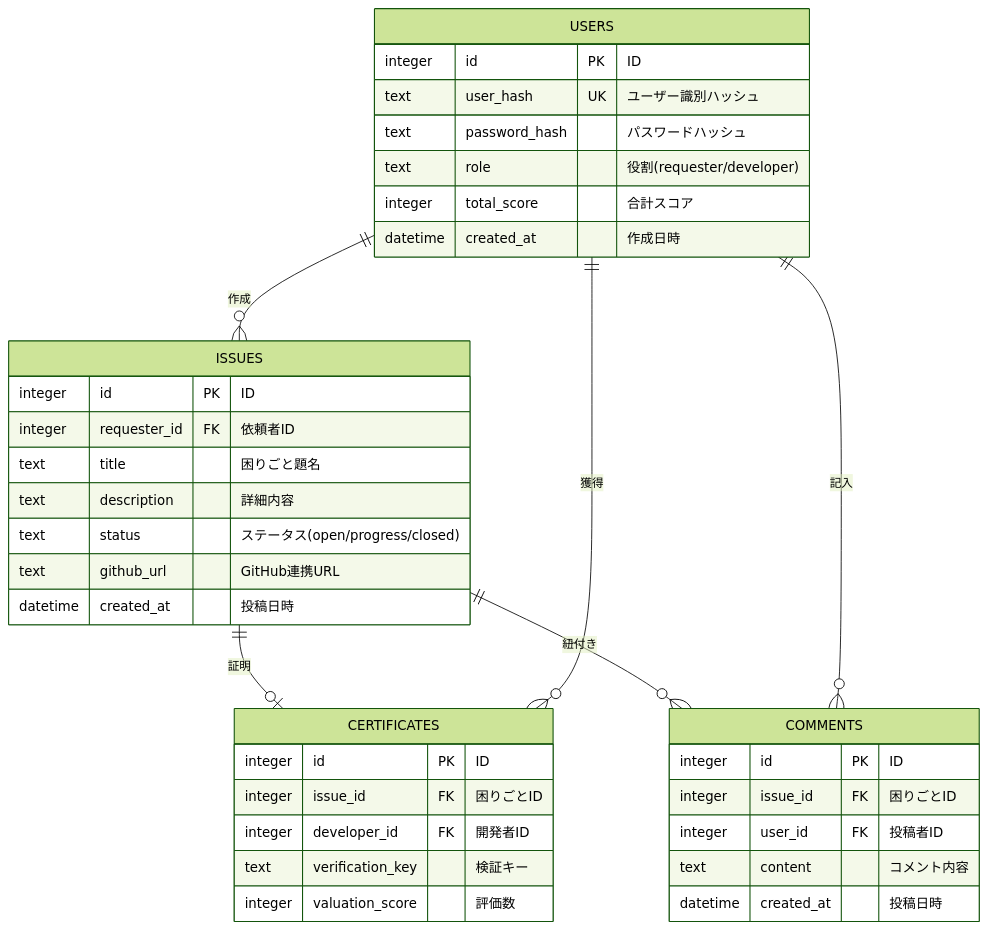
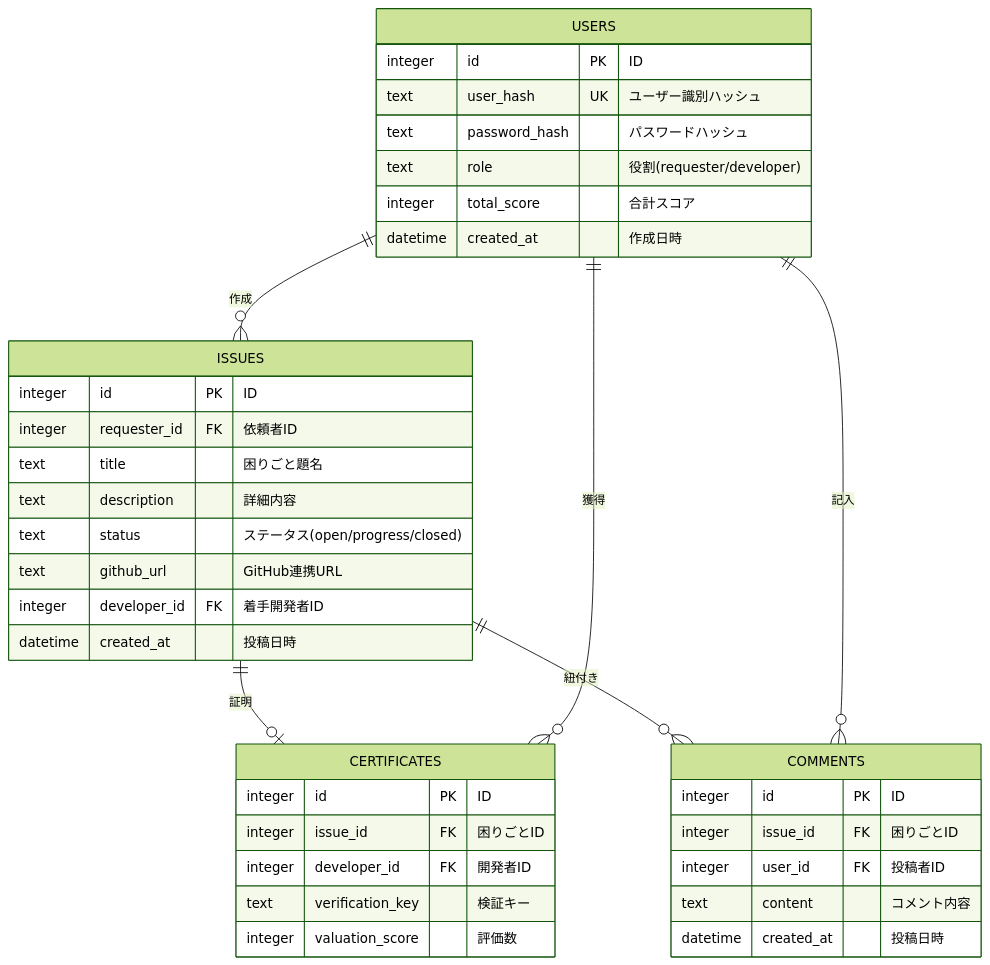
The diagram in er_diagram.md (matsutanishimpei/m-komarabo), drawn with Mermaid (forest theme) before and after one commit. The commit also changed 10 other files, not shown here.

````diff
--- a/er_diagram.md
+++ b/er_diagram.md
@@ -1,43 +1,44 @@
 ```mermaid
 erDiagram
     USERS {
         integer id PK "ID"
         text user_hash UK "ユーザー識別ハッシュ"
         text password_hash "パスワードハッシュ"
         text role "役割(requester/developer)"
         integer total_score "合計スコア"
         datetime created_at "作成日時"
     }
 
     ISSUES {
         integer id PK "ID"
         integer requester_id FK "依頼者ID"
         text title "困りごと題名"
         text description "詳細内容"
         text status "ステータス(open/progress/closed)"
         text github_url "GitHub連携URL"
+        integer developer_id FK "着手開発者ID"
         datetime created_at "投稿日時"
     }
 
     CERTIFICATES {
         integer id PK "ID"
         integer issue_id FK "困りごとID"
         integer developer_id FK "開発者ID"
         text verification_key "検証キー"
         integer valuation_score "評価数"
     }
 
     COMMENTS {
         integer id PK "ID"
         integer issue_id FK "困りごとID"
         integer user_id FK "投稿者ID"
         text content "コメント内容"
         datetime created_at "投稿日時"
     }
 
     USERS ||--o{ ISSUES : "作成"
     ISSUES ||--o| CERTIFICATES : "証明"
     USERS ||--o{ CERTIFICATES : "獲得"
     ISSUES ||--o{ COMMENTS : "紐付き"
     USERS ||--o{ COMMENTS : "記入"
 ```
````
